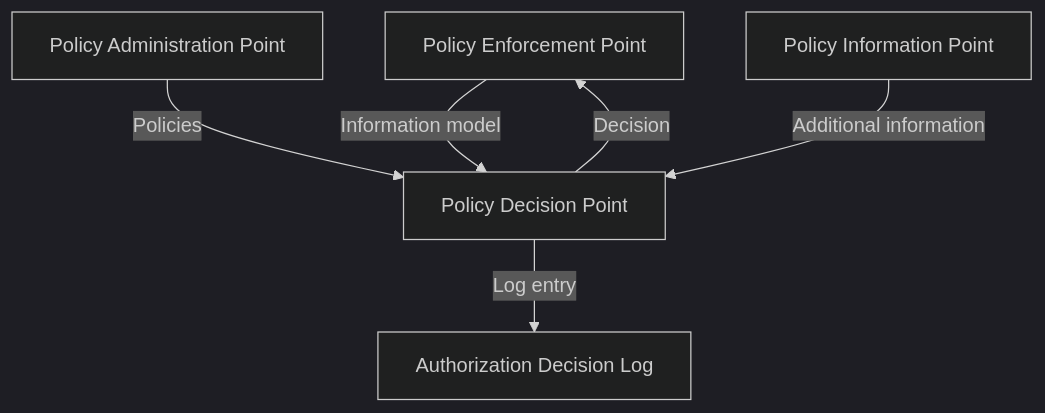
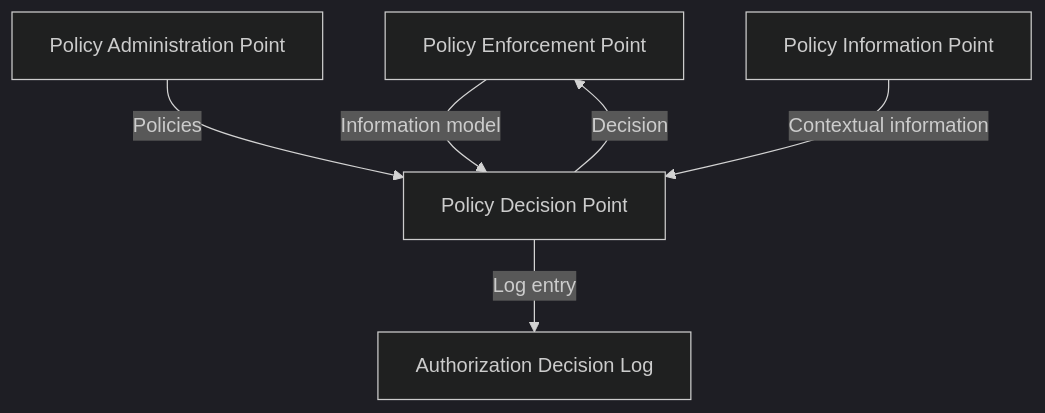
One commit to VNG-Realisatie/authorization-decision-log changed the first of 3 diagrams in architecture.md. Above: the diagram before and after it, drawn with Mermaid (dark theme). The commit also changed other lines of this file and 3 other files, not shown here.

````diff
--- a/architecture.md
+++ b/architecture.md
@@ -15,8 +15,8 @@
 ```mermaid
 graph TD;
     PEP[Policy Enforcement Point]--Information model-->PDP[Policy Decision Point];
     PDP--Decision-->PEP;
     PAP[Policy Administration Point]--Policies-->PDP;
-    PIP[Policy Information Point]--Additional information-->PDP;
+    PIP[Policy Information Point]--Contextual information-->PDP;
     PDP--Log entry-->ADL[Authorization Decision Log]
 ```
````
